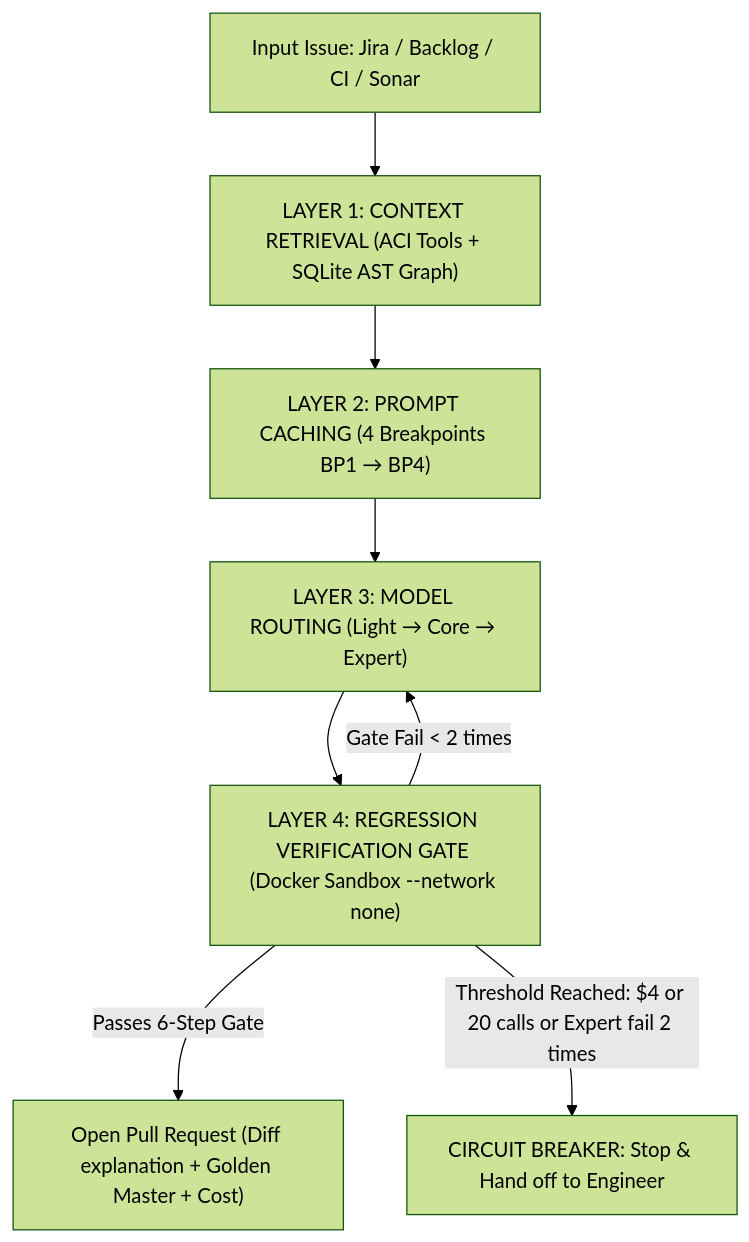
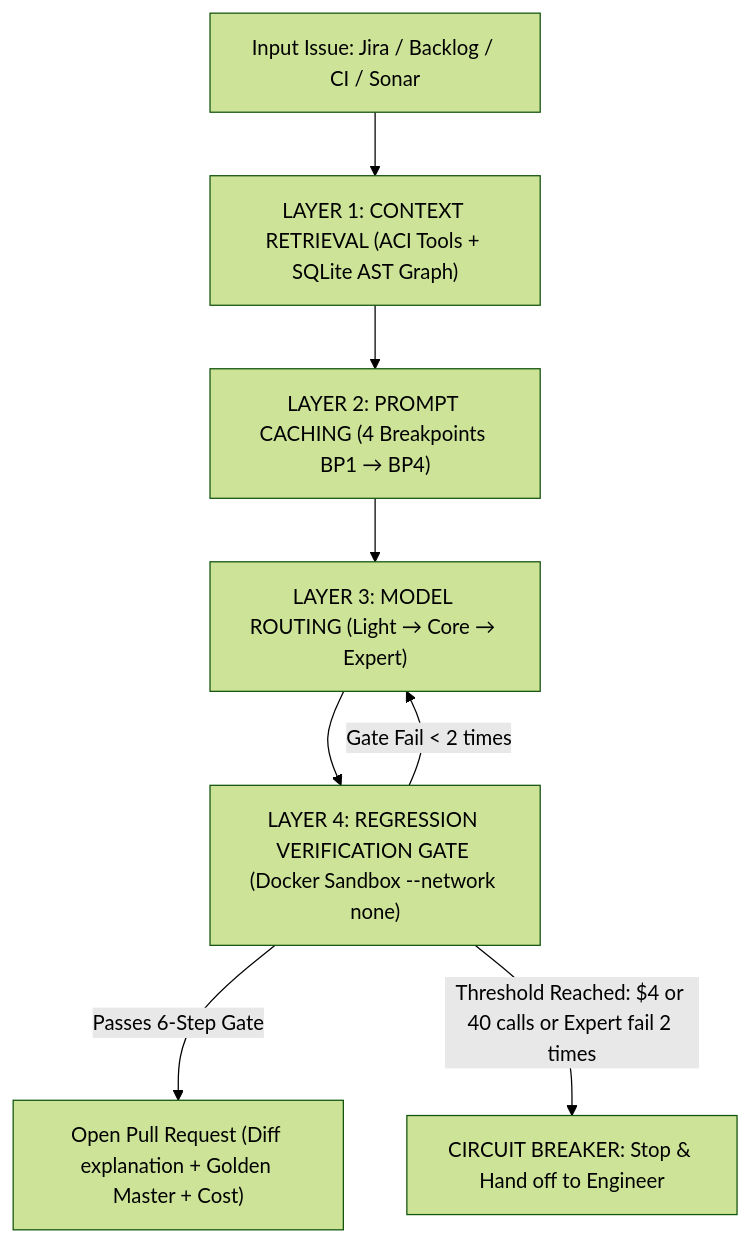
Before and after one commit to hoanghainh1188/aegis-code: the diagram in README.md, drawn with Mermaid (forest theme). The commit also changed 11 other files, not shown here.

````diff
--- a/README.md
+++ b/README.md
@@ -40,11 +40,11 @@
 ```mermaid
 flowchart TD
     Issue["Input Issue: Jira / Backlog / CI / Sonar"] --> T1["LAYER 1: CONTEXT RETRIEVAL (ACI Tools + SQLite AST Graph)"]
     T1 --> T2["LAYER 2: PROMPT CACHING (4 Breakpoints BP1 → BP4)"]
     T2 --> T3["LAYER 3: MODEL ROUTING (Light → Core → Expert)"]
     T3 --> T4["LAYER 4: REGRESSION VERIFICATION GATE (Docker Sandbox --network none)"]
     
     T4 -->|Passes 6-Step Gate| PR["Open Pull Request (Diff explanation + Golden Master + Cost)"]
     T4 -->|Gate Fail < 2 times| T3
-    T4 -->|Threshold Reached: $4 or 20 calls or Expert fail 2 times| Stop["CIRCUIT BREAKER: Stop & Hand off to Engineer"]
+    T4 -->|Threshold Reached: $4 or 40 calls or Expert fail 2 times| Stop["CIRCUIT BREAKER: Stop & Hand off to Engineer"]
 ```
````
